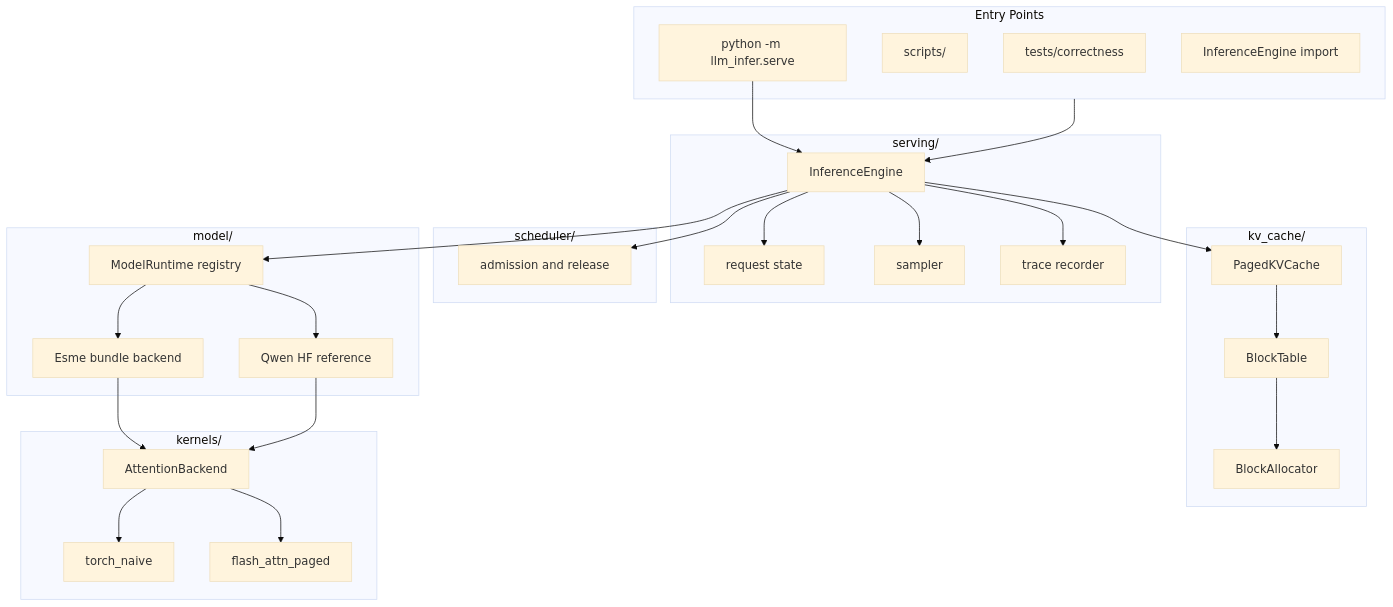
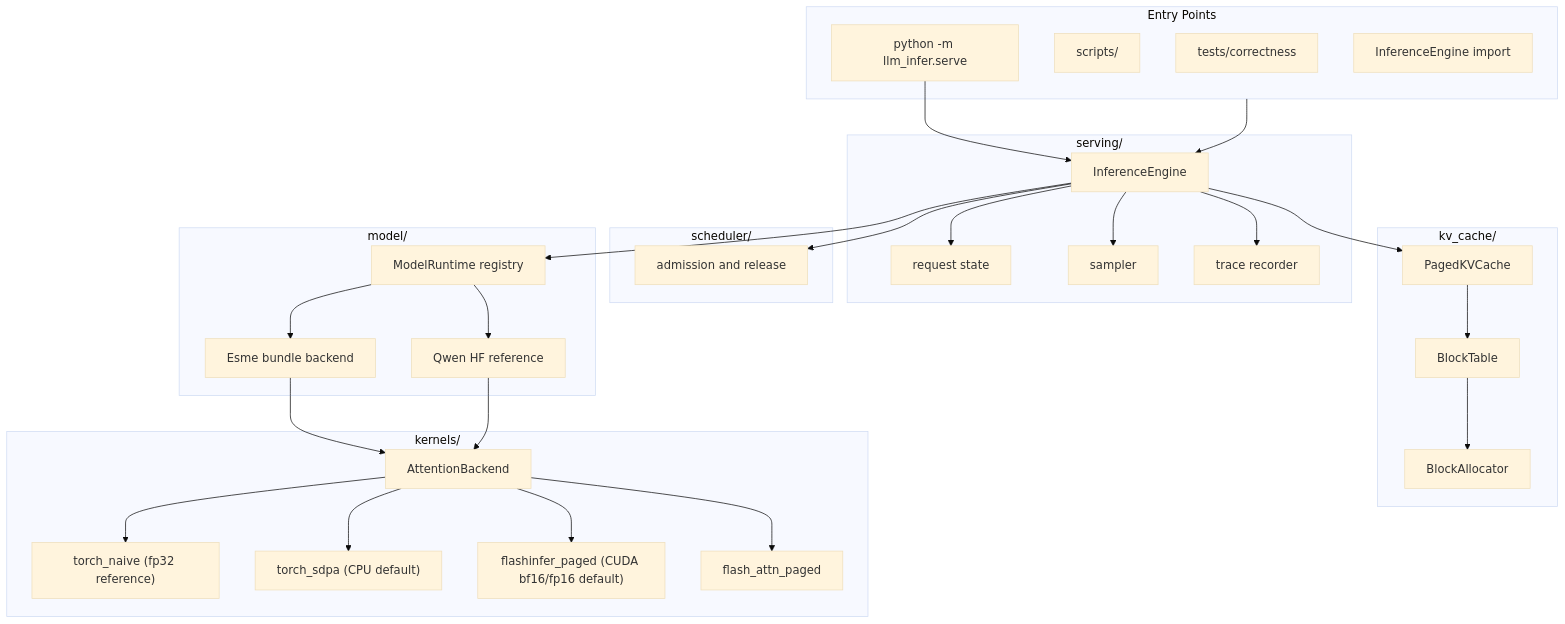
One commit to adamthuvesen/llm-infer changed the diagram in docs/architecture.md. Above: the diagram before and after it, drawn with Mermaid (base theme). The commit also changed other lines of this file and 33 other files, not shown here.

````diff
--- a/docs/architecture.md
+++ b/docs/architecture.md
@@ -10,55 +10,59 @@
 ```mermaid
 flowchart TB
     subgraph entry [Entry Points]
         Tests["tests/correctness"]
         Scripts["scripts/"]
         Server["python -m llm_infer.serve"]
         Library["InferenceEngine import"]
     end
 
     subgraph serving [serving/]
         Engine["InferenceEngine"]
         Request["request state"]
         Sampler["sampler"]
         Trace["trace recorder"]
     end
 
     subgraph scheduler [scheduler/]
         Sched["admission and release"]
     end
 
     subgraph cache [kv_cache/]
         KV["PagedKVCache"]
         Table["BlockTable"]
         Alloc["BlockAllocator"]
     end
 
     subgraph model [model/]
         Runtime["ModelRuntime registry"]
         Esme["Esme bundle backend"]
         Qwen["Qwen HF reference"]
     end
 
     subgraph kernels [kernels/]
         API["AttentionBackend"]
-        Naive["torch_naive"]
+        Naive["torch_naive (fp32 reference)"]
+        SDPA["torch_sdpa (CPU default)"]
+        FI["flashinfer_paged (CUDA bf16/fp16 default)"]
         Flash["flash_attn_paged"]
     end
 
     entry --> Engine
     Server --> Engine
     Engine --> Sched
     Engine --> Request
     Engine --> Sampler
     Engine --> Trace
     Engine --> Runtime
     Engine --> KV
     Runtime --> Esme
     Runtime --> Qwen
     Esme --> API
     Qwen --> API
     API --> Naive
+    API --> SDPA
+    API --> FI
     API --> Flash
     KV --> Table
     Table --> Alloc
 ```
````
